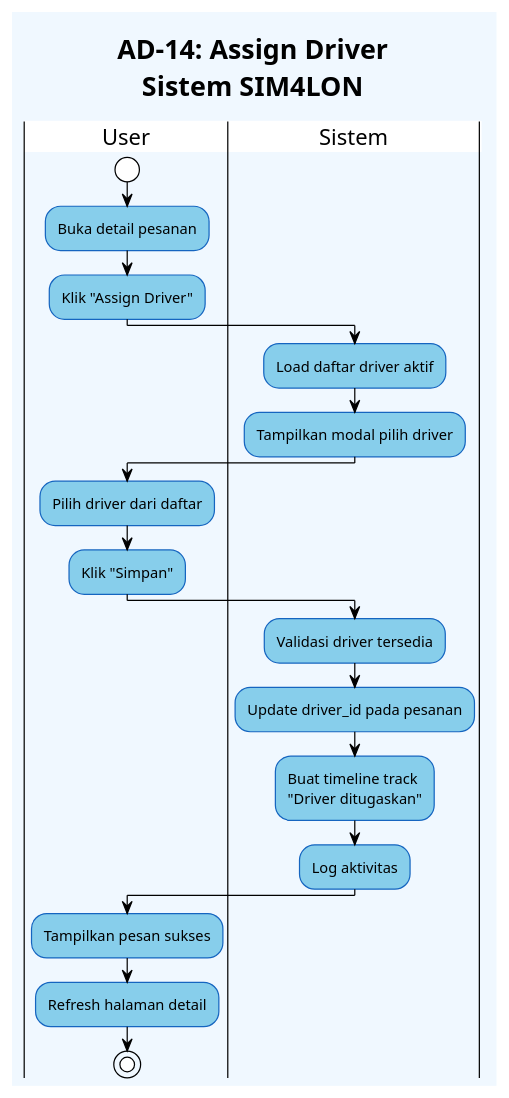
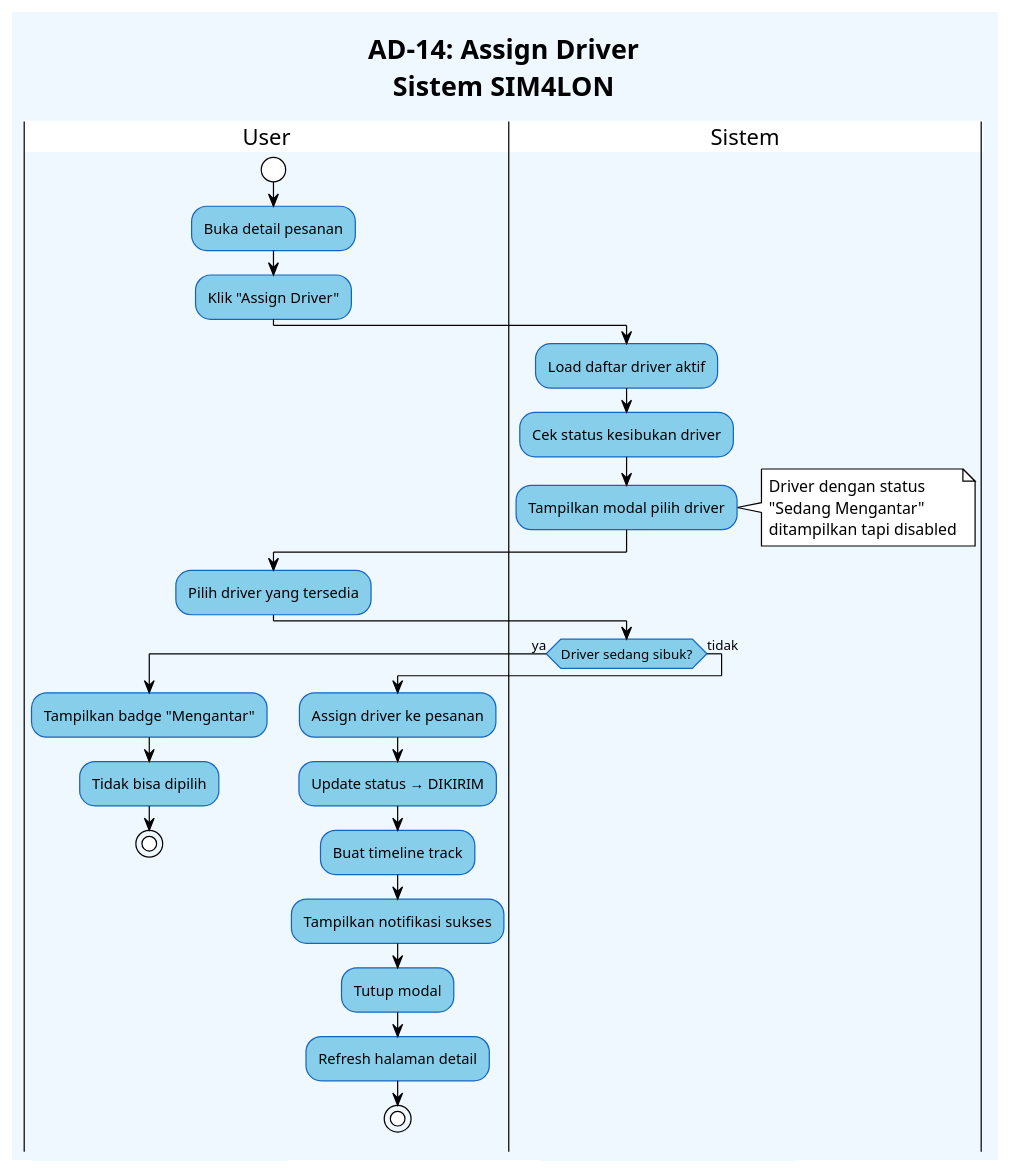
One commit to xinnxz/sim4lon changed the diagram in diagrams/AD_14_AssignDriver.puml. Above: the diagram before and after it, drawn with PlantUML. The commit also changed 18 other files, not shown here.

```diff
--- a/diagrams/AD_14_AssignDriver.puml
+++ b/diagrams/AD_14_AssignDriver.puml
@@ -1,35 +1,46 @@
 @startuml AD_14_AssignDriver
 !theme plain
 skinparam backgroundColor #f0f8ff
 skinparam ActivityBackgroundColor #87CEEB
 skinparam ActivityBorderColor #1565c0
-skinparam PartitionBackgroundColor #e3f2fd
-skinparam PartitionBorderColor #1565c0
 
 title **AD-14: Assign Driver**\nSistem SIM4LON
 
 |User|
 start
 :Buka detail pesanan;
 :Klik "Assign Driver";
 
 |Sistem|
 :Load daftar driver aktif;
+:Cek status kesibukan driver;
 :Tampilkan modal pilih driver;
 
+note right
+  Driver dengan status
+  "Sedang Mengantar"
+  ditampilkan tapi disabled
+end note
+
 |User|
-:Pilih driver dari daftar;
-:Klik "Simpan";
+:Pilih driver yang tersedia;
 
 |Sistem|
-:Validasi driver tersedia;
-:Update driver_id pada pesanan;
-:Buat timeline track\n"Driver ditugaskan";
-:Log aktivitas;
-
-|User|
-:Tampilkan pesan sukses;
-:Refresh halaman detail;
-stop
+if (Driver sedang sibuk?) then (ya)
+    |User|
+    :Tampilkan badge "Mengantar";
+    :Tidak bisa dipilih;
+    stop
+else (tidak)
+    :Assign driver ke pesanan;
+    :Update status → DIKIRIM;
+    :Buat timeline track;
+    
+    |User|
+    :Tampilkan notifikasi sukses;
+    :Tutup modal;
+    :Refresh halaman detail;
+    stop
+endif
 
 @enduml
```
